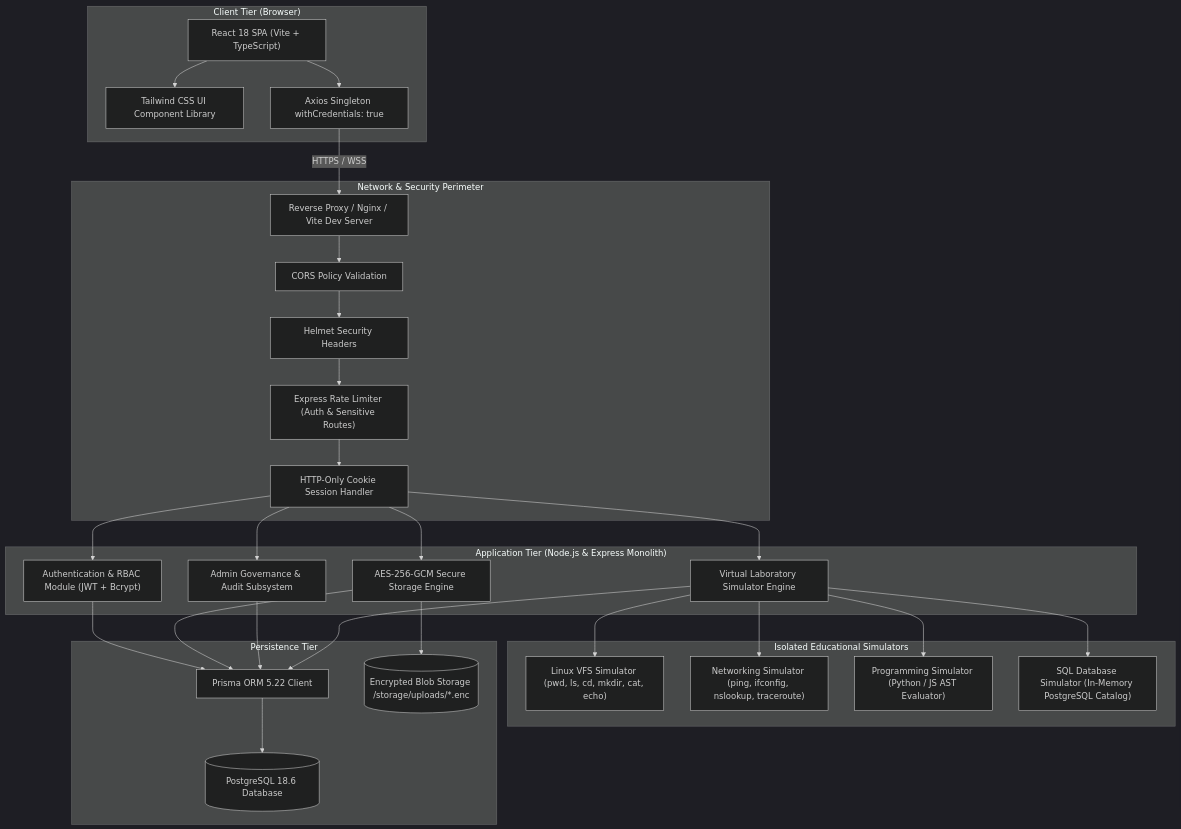
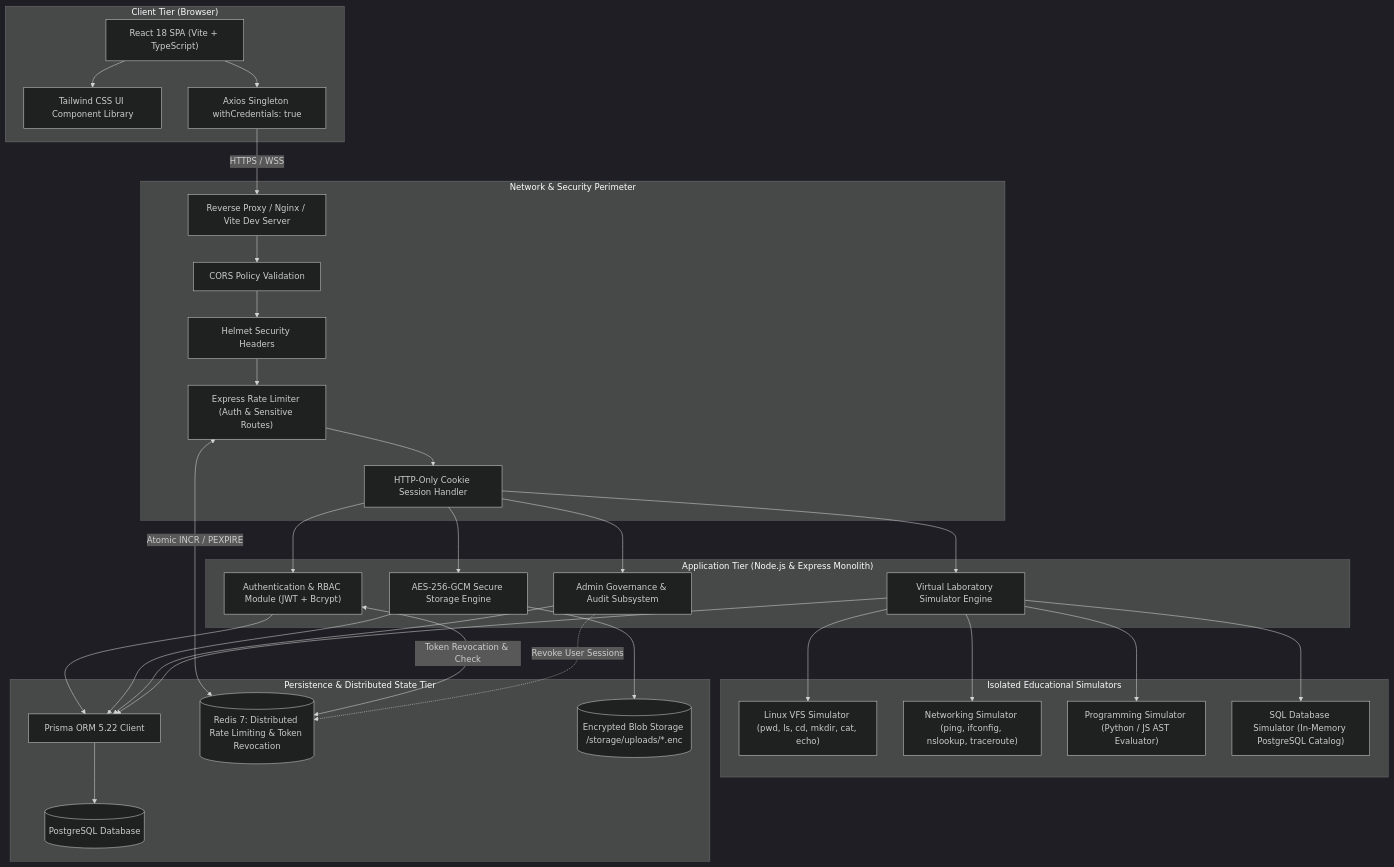
The first of 3 diagrams in docs/SYSTEM_ARCHITECTURE.md (thepulkitjain/cloud-virtual-lab), drawn with Mermaid (dark theme) before and after one commit. The commit also changed 23 other files, not shown here.

Commit message:
feat(security): distributed Redis rate limiting and JWT session revocation (Phase 9C)

````diff
--- a/docs/SYSTEM_ARCHITECTURE.md
+++ b/docs/SYSTEM_ARCHITECTURE.md
@@ -19,61 +19,65 @@
 ```mermaid
 flowchart TD
     subgraph ClientTier["Client Tier (Browser)"]
         UI["React 18 SPA (Vite + TypeScript)"]
         Tailwind["Tailwind CSS UI Component Library"]
         AxiosClient["Axios Singleton withCredentials: true"]
         UI --> Tailwind
         UI --> AxiosClient
     end
 
     subgraph SecurityPerimeter["Network & Security Perimeter"]
         ReverseProxy["Reverse Proxy / Nginx / Vite Dev Server"]
         CORS["CORS Policy Validation"]
         Helmet["Helmet Security Headers"]
         RateLimiter["Express Rate Limiter (Auth & Sensitive Routes)"]
         CookieParser["HTTP-Only Cookie Session Handler"]
     end
 
     subgraph ApplicationTier["Application Tier (Node.js & Express Monolith)"]
         AuthModule["Authentication & RBAC Module (JWT + Bcrypt)"]
         LabEngine["Virtual Laboratory Simulator Engine"]
         StorageEngine["AES-256-GCM Secure Storage Engine"]
         AdminModule["Admin Governance & Audit Subsystem"]
     end
 
     subgraph Simulators["Isolated Educational Simulators"]
         LinuxSim["Linux VFS Simulator (pwd, ls, cd, mkdir, cat, echo)"]
         NetSim["Networking Simulator (ping, ifconfig, nslookup, traceroute)"]
         ProgSim["Programming Simulator (Python / JS AST Evaluator)"]
         DbSim["SQL Database Simulator (In-Memory PostgreSQL Catalog)"]
     end
 
-    subgraph StorageTier["Persistence Tier"]
+    subgraph StorageTier["Persistence & Distributed State Tier"]
         PrismaORM["Prisma ORM 5.22 Client"]
-        PostgresDB[(PostgreSQL 18.6 Database)]
+        PostgresDB[(PostgreSQL Database)]
+        RedisCache[("Redis 7: Distributed Rate Limiting & Token Revocation")]
         EncryptedVolume[("Encrypted Blob Storage /storage/uploads/*.enc")]
     end
 
     AxiosClient -->|HTTPS / WSS| ReverseProxy
     ReverseProxy --> CORS
     CORS --> Helmet
     Helmet --> RateLimiter
     RateLimiter --> CookieParser
 
     CookieParser --> AuthModule
     CookieParser --> LabEngine
     CookieParser --> StorageEngine
     CookieParser --> AdminModule
 
     LabEngine --> LinuxSim
     LabEngine --> NetSim
     LabEngine --> ProgSim
     LabEngine --> DbSim
 
+    RateLimiter <-->|Atomic INCR / PEXPIRE| RedisCache
+    AuthModule <-->|Token Revocation & Check| RedisCache
     AuthModule --> PrismaORM
     StorageEngine --> PrismaORM
     StorageEngine --> EncryptedVolume
     AdminModule --> PrismaORM
+    AdminModule -.->|Revoke User Sessions| RedisCache
     LabEngine --> PrismaORM
     PrismaORM --> PostgresDB
 ```
````
